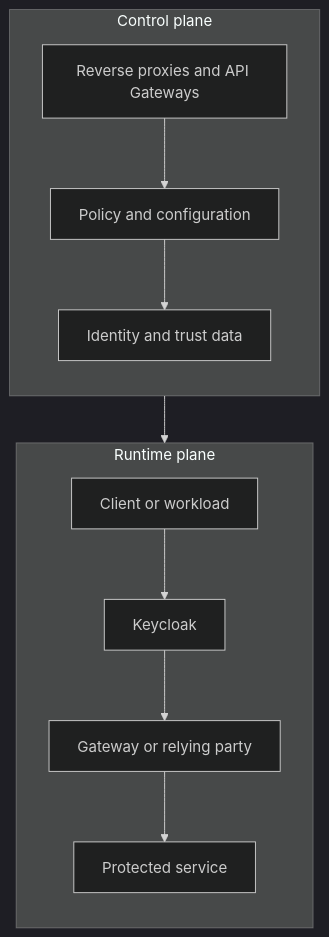
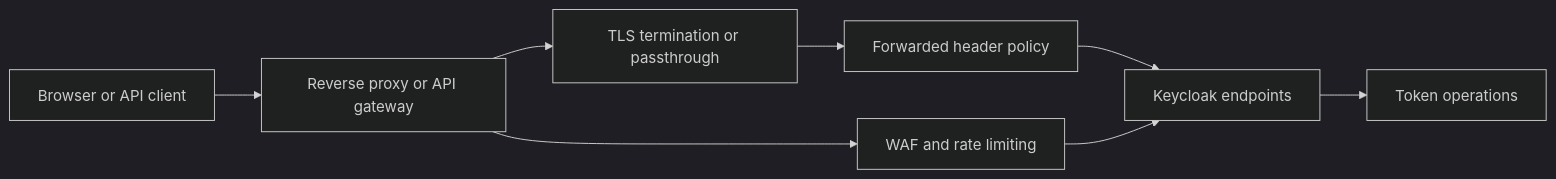
Diagram 24 of 36 in KeyCloack Reference Book.md (jeanflorentine/IAM-KeyCloack-Lab), drawn with Mermaid (dark theme) before and after one commit. The commit also changed other lines of this file, not shown here.

Commit message:
Revise chapter structure diagrams and chapter 31 interview bank

````diff
--- a/KeyCloack Reference Book.md
+++ b/KeyCloack Reference Book.md
@@ -2675,24 +2453,10 @@
 ```mermaid
-flowchart TB
-    subgraph CP[Control plane]
-        direction TB
-        A[Reverse proxies and API Gateways]
-        B[Policy and configuration]
-        C[Identity and trust data]
-        A --> B
-        B --> C
-    end
-
-    subgraph RP[Runtime plane]
-        direction TB
-        D[Client or workload]
-        E[Keycloak]
-        F[Gateway or relying party]
-        G[Protected service]
-        D --> E
-        E --> F
-        F --> G
-    end
-
-    CP --> RP
+flowchart LR
+    Client[Browser or API client] --> Gateway[Reverse proxy or API gateway]
+    Gateway --> TLS[TLS termination or passthrough]
+    TLS --> HeaderPolicy[Forwarded header policy]
+    HeaderPolicy --> Keycloak[Keycloak endpoints]
+    Gateway --> WAF[WAF and rate limiting]
+    WAF --> Keycloak
+    Keycloak --> Tokens[Token operations]
 ```
````
